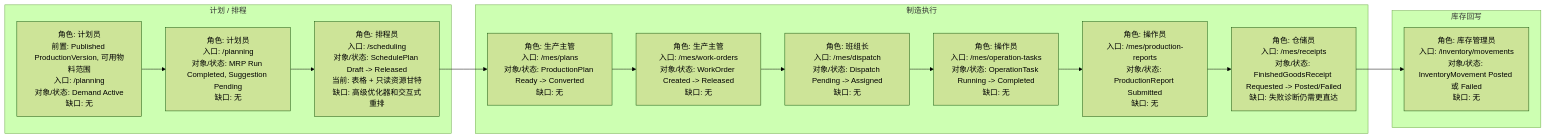
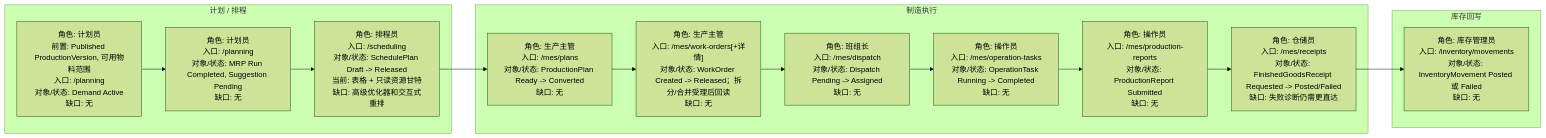
Before and after one commit to Mang-X/Nerv-IIP: the second of 6 diagrams in frontend/apps/docs/docs/processes/index.md, drawn with Mermaid (forest theme). The commit also changed other lines of this file and 16 other files, not shown here.

Commit message:
feat(business-console): add work order split and merge flows

````diff
--- a/frontend/apps/docs/docs/processes/index.md
+++ b/frontend/apps/docs/docs/processes/index.md
@@ -55,21 +55,21 @@
 ```mermaid
 flowchart LR
   subgraph Plan["计划 / 排程"]
     P0["角色: 计划员<br/>前置: Published ProductionVersion, 可用物料范围<br/>入口: /planning<br/>对象/状态: Demand Active<br/>缺口: 无"]
     P1["角色: 计划员<br/>入口: /planning<br/>对象/状态: MRP Run Completed, Suggestion Pending<br/>缺口: 无"]
     P2["角色: 排程员<br/>入口: /scheduling<br/>对象/状态: SchedulePlan Draft -> Released<br/>当前: 表格 + 只读资源甘特<br/>缺口: 高级优化器和交互式重排"]
   end
   subgraph MES["制造执行"]
     M1["角色: 生产主管<br/>入口: /mes/plans<br/>对象/状态: ProductionPlan Ready -> Converted<br/>缺口: 无"]
-    M2["角色: 生产主管<br/>入口: /mes/work-orders<br/>对象/状态: WorkOrder Created -> Released<br/>缺口: 无"]
+    M2["角色: 生产主管<br/>入口: /mes/work-orders[+详情]<br/>对象/状态: WorkOrder Created -> Released；拆分/合并受理后回读<br/>缺口: 无"]
     M3["角色: 班组长<br/>入口: /mes/dispatch<br/>对象/状态: Dispatch Pending -> Assigned<br/>缺口: 无"]
     M4["角色: 操作员<br/>入口: /mes/operation-tasks<br/>对象/状态: OperationTask Running -> Completed<br/>缺口: 无"]
     M5["角色: 操作员<br/>入口: /mes/production-reports<br/>对象/状态: ProductionReport Submitted<br/>缺口: 无"]
     M6["角色: 仓储员<br/>入口: /mes/receipts<br/>对象/状态: FinishedGoodsReceipt Requested -> Posted/Failed<br/>缺口: 失败诊断仍需更直达"]
   end
   subgraph Inventory["库存回写"]
     I1["角色: 库存管理员<br/>入口: /inventory/movements<br/>对象/状态: InventoryMovement Posted 或 Failed<br/>缺口: 无"]
   end
 
   P0 --> P1 --> P2 --> M1 --> M2 --> M3 --> M4 --> M5 --> M6 --> I1
 ```
````
